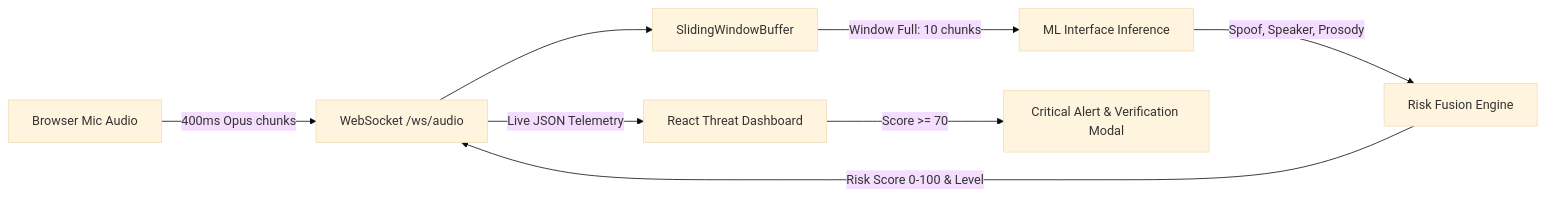
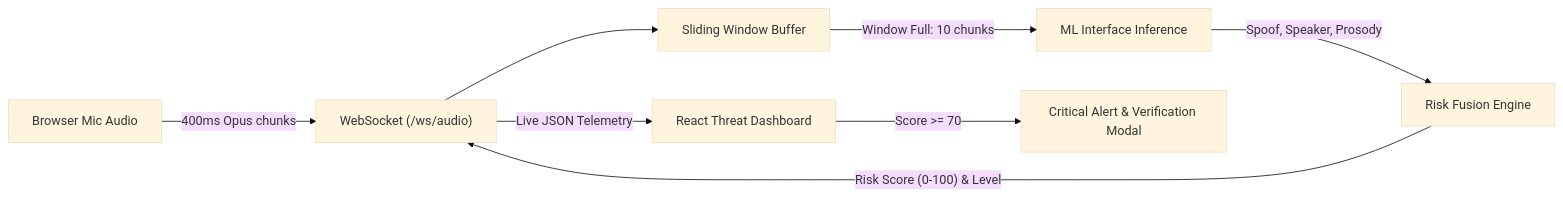
One commit to Adarsh-2413/SIH-26104 changed the diagram in README.md. Above: the diagram before and after it, drawn with Mermaid (base theme). The commit also changed other lines of this file, not shown here.

Commit message:
fix(docs): resolve markdown rich display rendering errors in Mermaid and math blocks

````diff
--- a/README.md
+++ b/README.md
@@ -113,10 +113,10 @@
 ```mermaid
 flowchart LR
-    A[Browser Mic Audio] -->|400ms Opus chunks| B[WebSocket /ws/audio]
-    B --> C[SlidingWindowBuffer]
-    C -->|Window Full: 10 chunks| D[ML Interface Inference]
-    D -->|Spoof, Speaker, Prosody| E[Risk Fusion Engine]
-    E -->|Risk Score 0-100 & Level| B
-    B -->|Live JSON Telemetry| F[React Threat Dashboard]
-    F -->|Score >= 70| G[Critical Alert & Verification Modal]
+    A["Browser Mic Audio"] -->|"400ms Opus chunks"| B["WebSocket (/ws/audio)"]
+    B --> C["Sliding Window Buffer"]
+    C -->|"Window Full: 10 chunks"| D["ML Interface Inference"]
+    D -->|"Spoof, Speaker, Prosody"| E["Risk Fusion Engine"]
+    E -->|"Risk Score (0-100) & Level"| B
+    B -->|"Live JSON Telemetry"| F["React Threat Dashboard"]
+    F -->|"Score >= 70"| G["Critical Alert & Verification Modal"]
 ```
````
